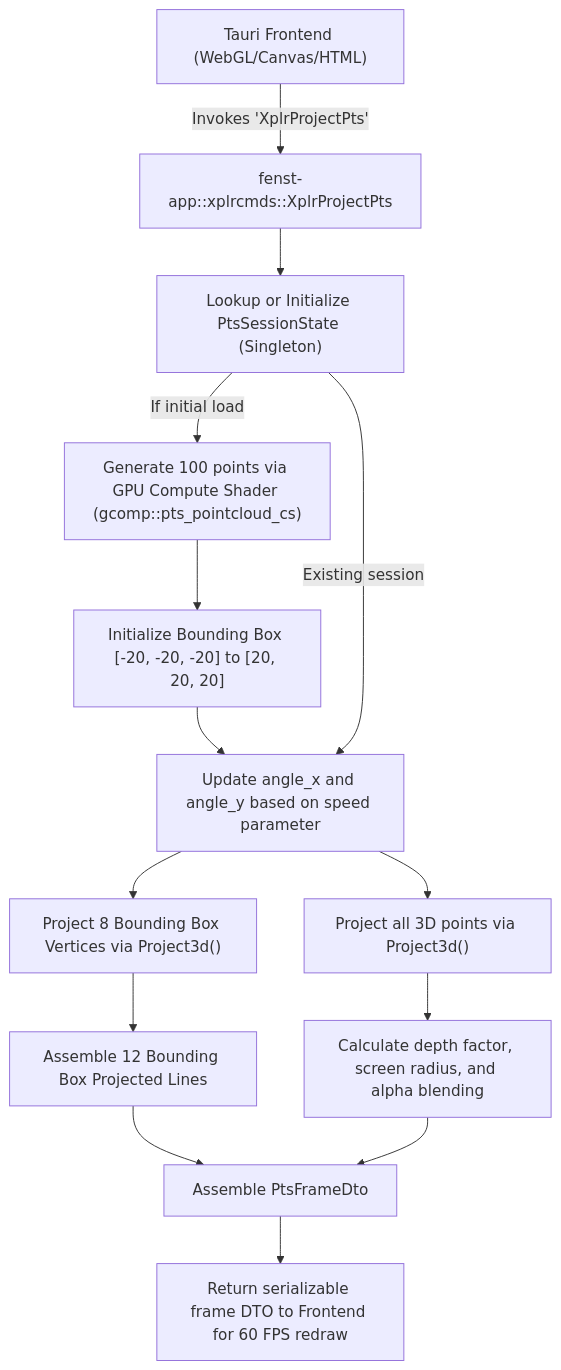
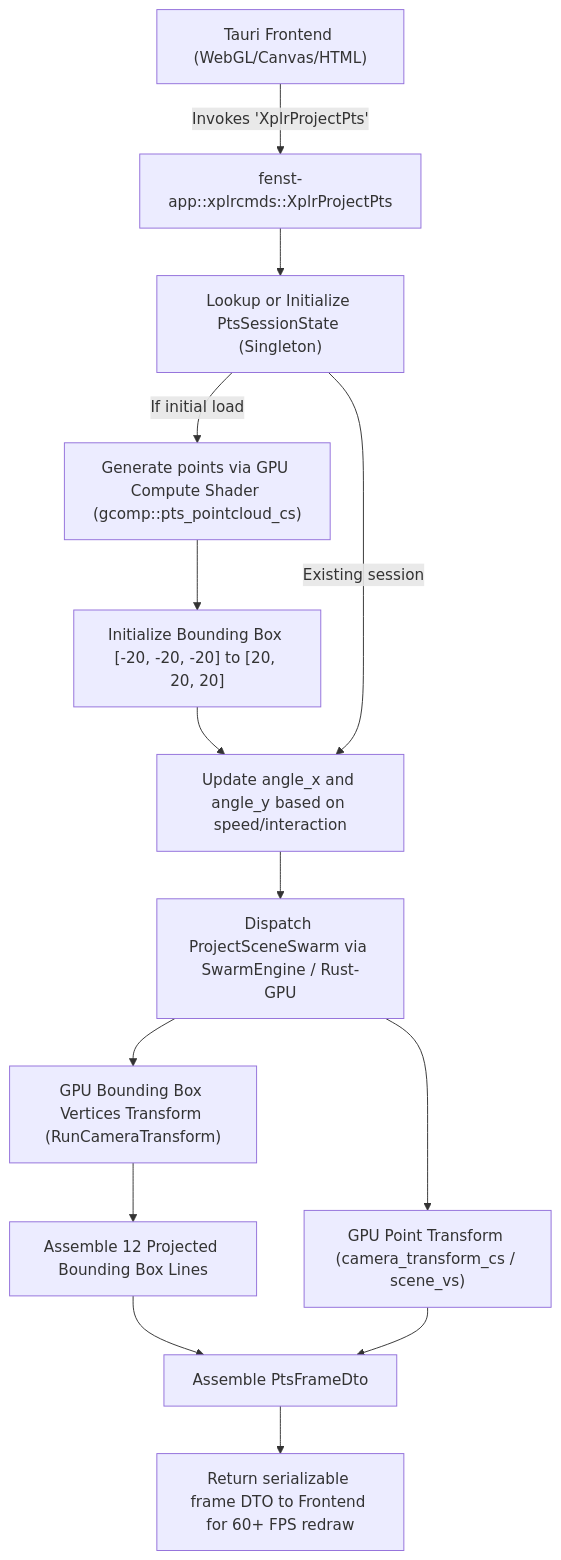
Before and after one commit to jswarup/Kosh: the second of 2 diagrams in wiki/Fenst.md, drawn with Mermaid. The commit also changed other lines of this file and 5 other files, not shown here.

Commit message:
Deploy GPU for graphics scene display with dedicated vertex and fragment shaders

````diff
--- a/wiki/Fenst.md
+++ b/wiki/Fenst.md
@@ -82,19 +82,19 @@
 ```mermaid
 flowchart TD
     Frontend["Tauri Frontend (WebGL/Canvas/HTML)"] -->|Invokes 'XplrProjectPts'| BackendCmd["fenst-app::xplrcmds::XplrProjectPts"]
     BackendCmd --> CheckState["Lookup or Initialize PtsSessionState (Singleton)"]
     
-    CheckState -->|If initial load| GenPoints["Generate 100 points via GPU Compute Shader (gcomp::pts_pointcloud_cs)"]
+    CheckState -->|If initial load| GenPoints["Generate points via GPU Compute Shader (gcomp::pts_pointcloud_cs)"]
     GenPoints --> InitBBox["Initialize Bounding Box [-20, -20, -20] to [20, 20, 20]"]
-    InitBBox --> RotateState["Update angle_x and angle_y based on speed parameter"]
+    InitBBox --> RotateState["Update angle_x and angle_y based on speed/interaction"]
     
     CheckState -->|Existing session| RotateState
-    RotateState --> ProjectBox["Project 8 Bounding Box Vertices via Project3d()"]
-    ProjectBox --> ConnectBox["Assemble 12 Bounding Box Projected Lines"]
-    RotateState --> ProjectCloud["Project all 3D points via Project3d()"]
-    ProjectCloud --> DepthScale["Calculate depth factor, screen radius, and alpha blending"]
+    RotateState --> GPUScene["Dispatch ProjectSceneSwarm via SwarmEngine / Rust-GPU"]
+    GPUScene --> GPUPoints["GPU Point Transform (camera_transform_cs / scene_vs)"]
+    GPUScene --> GPUBox["GPU Bounding Box Vertices Transform (RunCameraTransform)"]
+    GPUBox --> ConnectBox["Assemble 12 Projected Bounding Box Lines"]
     
     ConnectBox --> AssembleDto["Assemble PtsFrameDto"]
-    DepthScale --> AssembleDto
-    AssembleDto --> ReturnJSON["Return serializable frame DTO to Frontend for 60 FPS redraw"]
+    GPUPoints --> AssembleDto
+    AssembleDto --> ReturnJSON["Return serializable frame DTO to Frontend for 60+ FPS redraw"]
 ```
````
